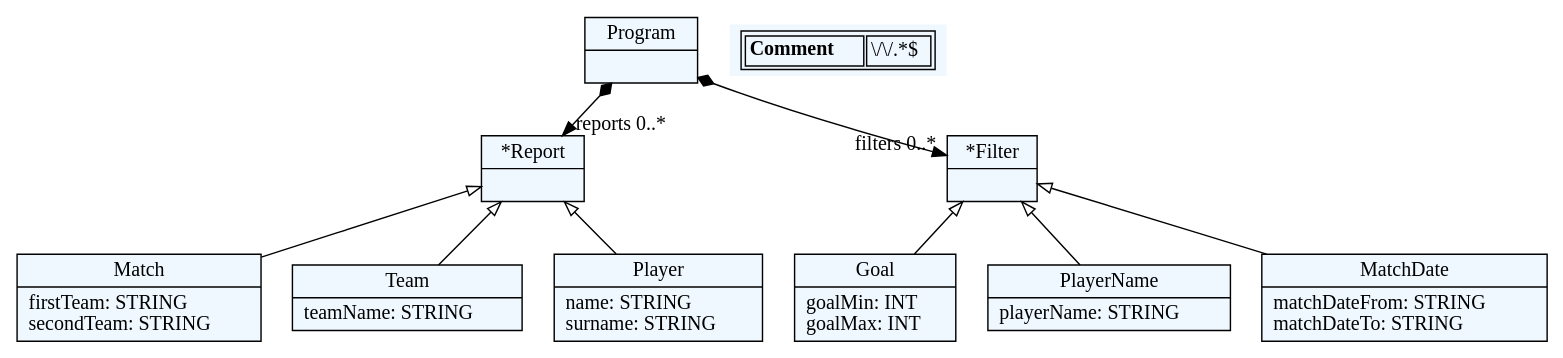
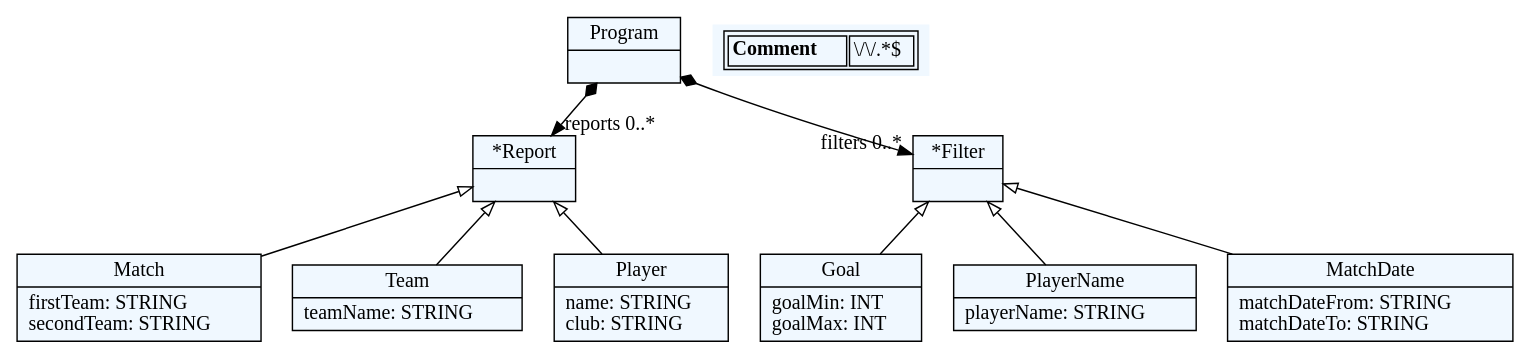
The diagram in match_reporter/reporter_jsd/generated_files/dot_files/reporter.dot (Ana00000/JSD), drawn with Graphviz before and after one commit. The commit also changed 42 other files, not shown here.

```diff
--- a/match_reporter/reporter_jsd/generated_files/dot_files/reporter.dot
+++ b/match_reporter/reporter_jsd/generated_files/dot_files/reporter.dot
@@ -1,49 +1,49 @@
 
     digraph textX {
     fontname = "Bitstream Vera Sans"
     fontsize = 8
     node[
         shape=record,
         style=filled,
         fillcolor=aliceblue
     ]
     nodesep = 0.3
     edge[dir=black,arrowtail=empty]
 
 
-2621112631232[ label="{Program|}"]
+4970653856[ label="{Program|}"]
 
-2621112664272[ label="{*Report|}"]
+4970656688[ label="{*Report|}"]
 
-2621112666160[ label="{Match|firstTeam: STRING\lsecondTeam: STRING\l}"]
+4970660096[ label="{Match|firstTeam: STRING\lsecondTeam: STRING\l}"]
 
-2621112669936[ label="{Team|teamName: STRING\l}"]
+4970663504[ label="{Team|teamName: STRING\l}"]
 
-2621112671824[ label="{Player|name: STRING\lsurname: STRING\l}"]
+4970666912[ label="{Player|name: STRING\lclub: STRING\l}"]
 
-2621112673712[ label="{*Filter|}"]
+4970670320[ label="{*Filter|}"]
 
-2621112675600[ label="{Goal|goalMin: INT\lgoalMax: INT\l}"]
+4970673728[ label="{Goal|goalMin: INT\lgoalMax: INT\l}"]
 
-2621112647280[ label="{PlayerName|playerName: STRING\l}"]
+4970677136[ label="{PlayerName|playerName: STRING\l}"]
 
-2621112648224[ label="{MatchDate|matchDateFrom: STRING\lmatchDateTo: STRING\l}"]
+4970680544[ label="{MatchDate|matchDateFrom: STRING\lmatchDateTo: STRING\l}"]
 
 
 
-2621112631232 -> 2621112664272[arrowtail=diamond, dir=both, headlabel="reports 0..*"]
-2621112631232 -> 2621112673712[arrowtail=diamond, dir=both, headlabel="filters 0..*"]
-2621112664272 -> 2621112666160 [dir=back]
-2621112664272 -> 2621112669936 [dir=back]
-2621112664272 -> 2621112671824 [dir=back]
-2621112673712 -> 2621112675600 [dir=back]
-2621112673712 -> 2621112647280 [dir=back]
-2621112673712 -> 2621112648224 [dir=back]
+4970653856 -> 4970656688[arrowtail=diamond, dir=both, headlabel="reports 0..*"]
+4970653856 -> 4970670320[arrowtail=diamond, dir=both, headlabel="filters 0..*"]
+4970656688 -> 4970660096 [dir=back]
+4970656688 -> 4970663504 [dir=back]
+4970656688 -> 4970666912 [dir=back]
+4970670320 -> 4970673728 [dir=back]
+4970670320 -> 4970677136 [dir=back]
+4970670320 -> 4970680544 [dir=back]
 match_rules [ shape=plaintext, label=< <table>
 	<tr>
 		<td><b>Comment</b></td><td>\/\/.*$</td>
 	</tr>
 </table> >]
 
 
 }
```
